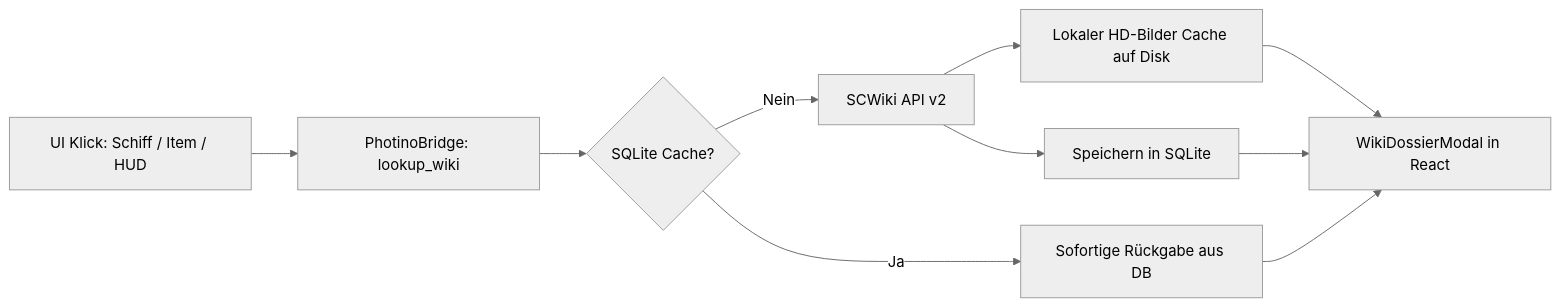
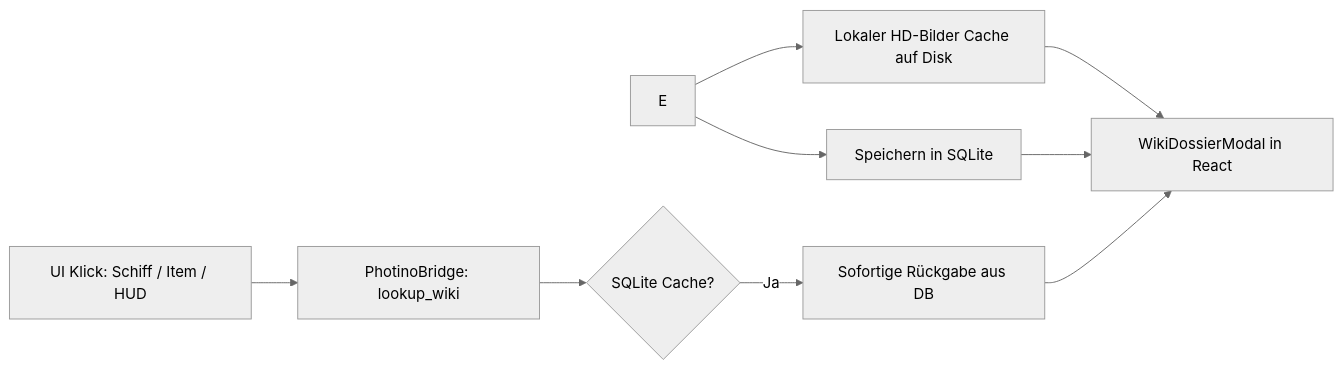
The diagram in ROADMAP.md (gOOvER/SCLogMate), drawn with Mermaid (neutral theme) before and after one commit. The commit also changed other lines of this file and 22 other files, not shown here.

````diff
--- a/ROADMAP.md
+++ b/ROADMAP.md
@@ -104,12 +104,11 @@
 ```mermaid
 flowchart LR
     A[UI Klick: Schiff / Item / HUD] --> B[PhotinoBridge: lookup_wiki]
     B --> C{SQLite Cache?}
     C -- Ja --> D[Sofortige Rückgabe aus DB]
-    C -- Nein --> E[SCWiki API v2]
     E --> F[Lokaler HD-Bilder Cache auf Disk]
     E --> G[Speichern in SQLite]
     F --> H[WikiDossierModal in React]
     G --> H
     D --> H
 ```
````
